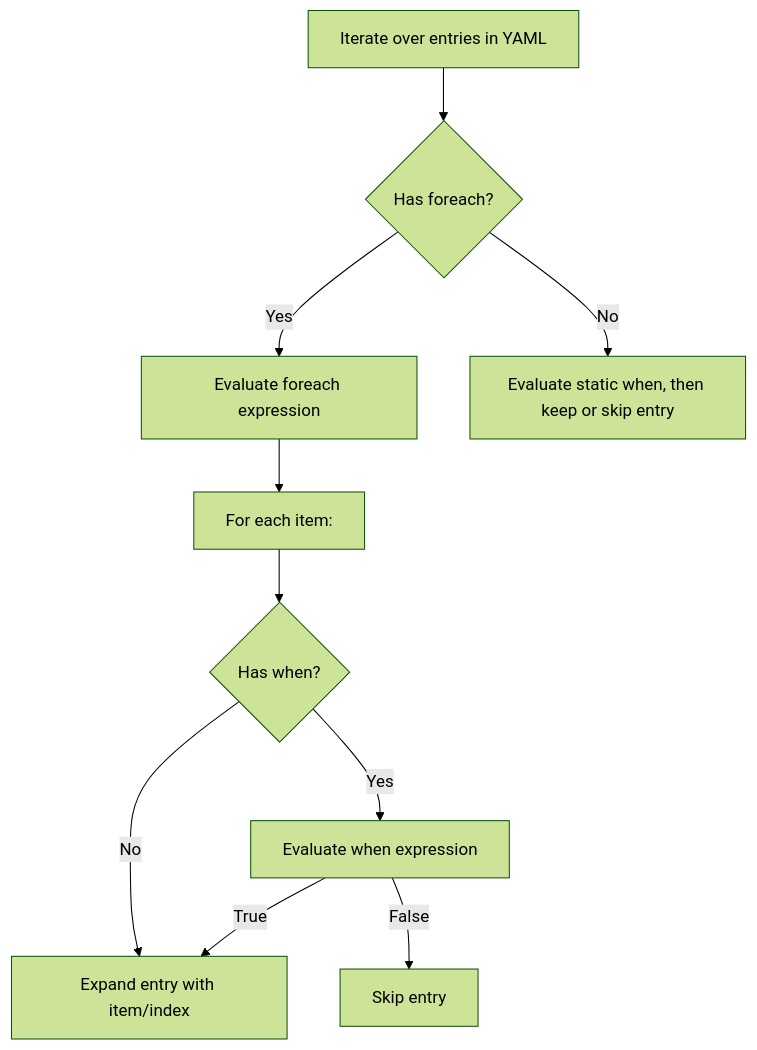
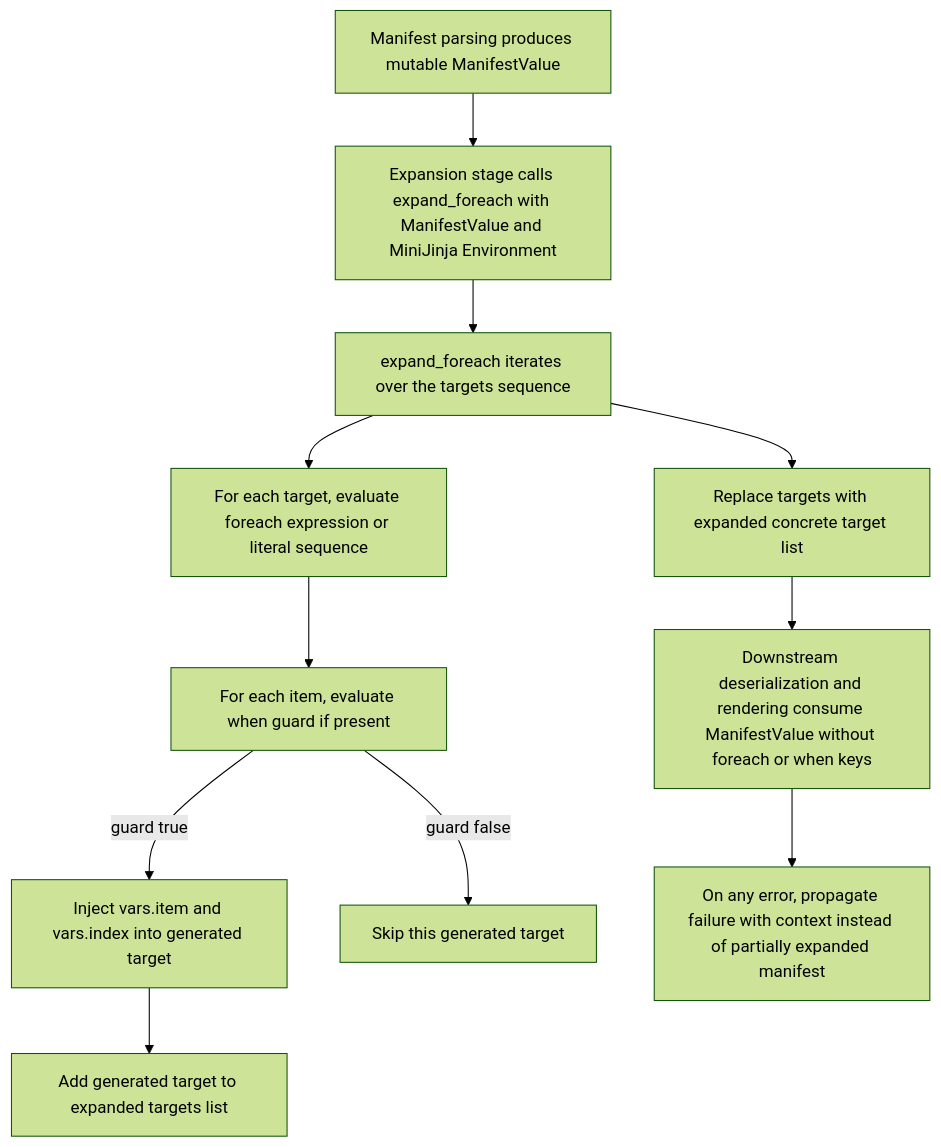
The third of 13 diagrams in docs/netsuke-design.md (leynos/netsuke), drawn with Mermaid (forest theme) before and after one commit. The commit also changed other lines of this file and 16 other files, not shown here.

````diff
--- a/docs/netsuke-design.md
+++ b/docs/netsuke-design.md
@@ -436,12 +450,14 @@
 ```mermaid
 flowchart TD
-    A[Iterate over entries in YAML] --> B{Has foreach?}
-    B -- Yes --> C[Evaluate foreach expression]
-    C --> D[For each item:]
-    D --> E{Has when?}
-    E -- Yes --> F[Evaluate when expression]
-    F -- True --> G[Expand entry with item/index]
-    F -- False --> H[Skip entry]
-    E -- No --> G
-    B -- No --> I[Evaluate static when, then keep or skip entry]
+    A[Manifest parsing produces mutable ManifestValue] --> B
+    B[Expansion stage calls expand_foreach with ManifestValue and MiniJinja Environment]
+    B --> C[expand_foreach iterates over the targets sequence]
+    C --> D[For each target, evaluate foreach expression or literal sequence]
+    D --> E[For each item, evaluate when guard if present]
+    E -->|guard true| F[Inject vars.item and vars.index into generated target]
+    F --> G[Add generated target to expanded targets list]
+    E -->|guard false| H[Skip this generated target]
+    C --> I[Replace targets with expanded concrete target list]
+    I --> J[Downstream deserialization and rendering consume ManifestValue without foreach or when keys]
+    J --> K[On any error, propagate failure with context instead of partially expanded manifest]
 ```
````
